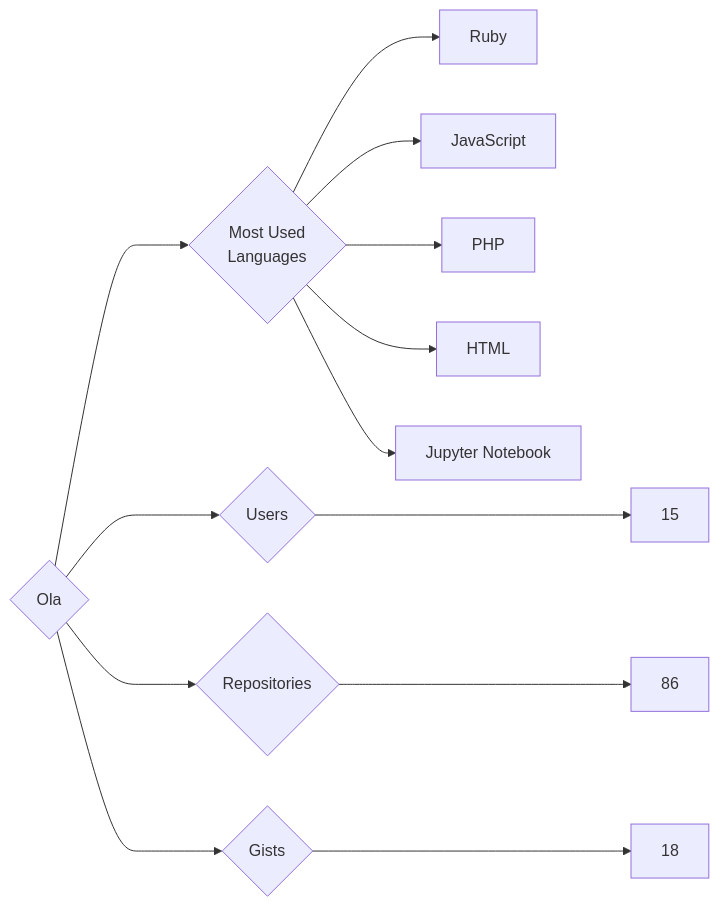
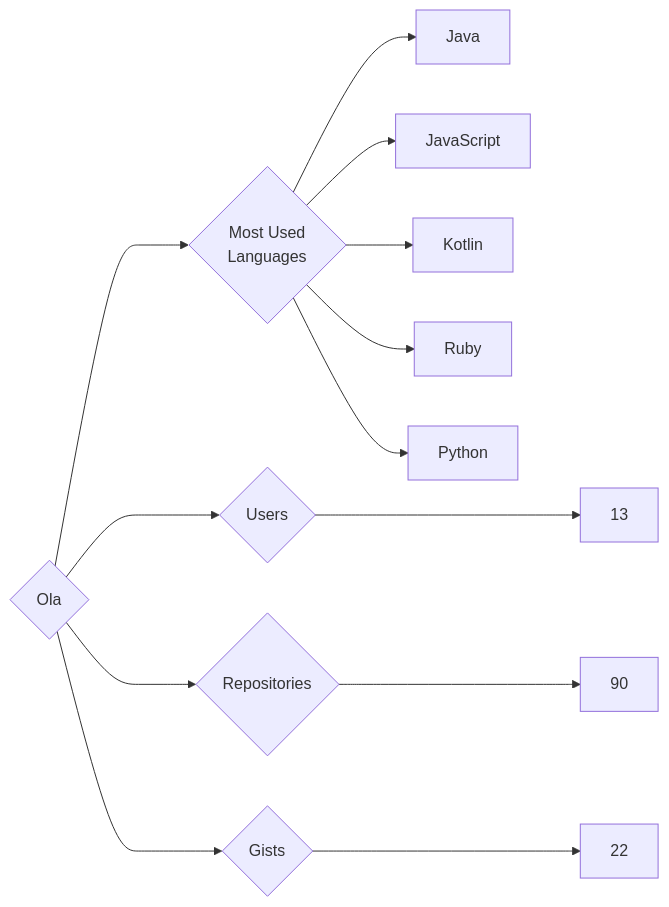
Before and after one commit to trickest/insiders: the diagram in targets/Ola/README.md, drawn with Mermaid. The commit also changed 953 other files, not shown here.

````diff
--- a/targets/Ola/README.md
+++ b/targets/Ola/README.md
@@ -3,13 +3,13 @@
 ```mermaid
 graph LR
 COMPANY_NAME{Ola}
-COMPANY_NAME ---> U{Users} ---> UN[15]
-COMPANY_NAME ---> R{Repositories} ---> RN[86]
-COMPANY_NAME ---> G{Gists} ---> GN[18]
+COMPANY_NAME ---> U{Users} ---> UN[13]
+COMPANY_NAME ---> R{Repositories} ---> RN[90]
+COMPANY_NAME ---> G{Gists} ---> GN[22]
 COMPANY_NAME ---> ML{Most Used<br>Languages}
+ML --> Java[Java]
+ML --> JavaScript[JavaScript]
+ML --> Kotlin[Kotlin]
 ML --> Ruby[Ruby]
-ML --> JavaScript[JavaScript]
-ML --> PHP[PHP]
-ML --> HTML[HTML]
-ML --> Jupyter_Notebook[Jupyter Notebook]
+ML --> Python[Python]
 ```
````
